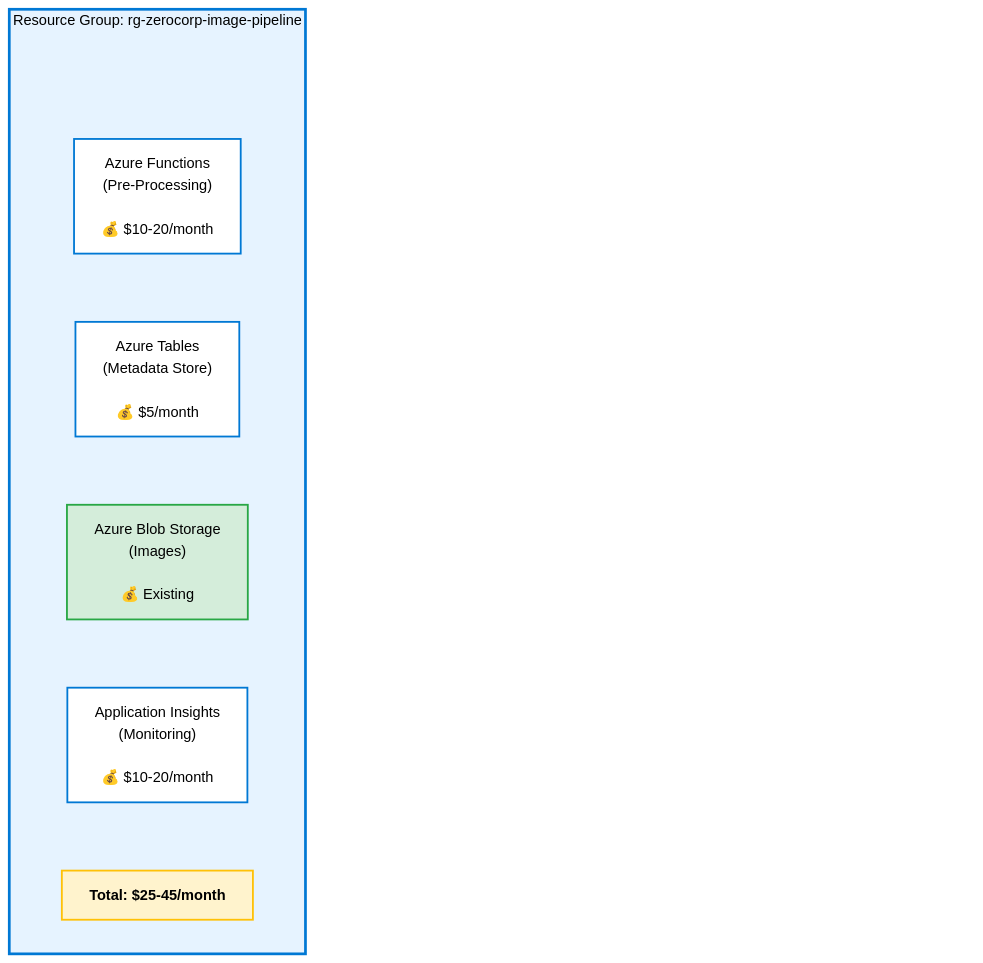
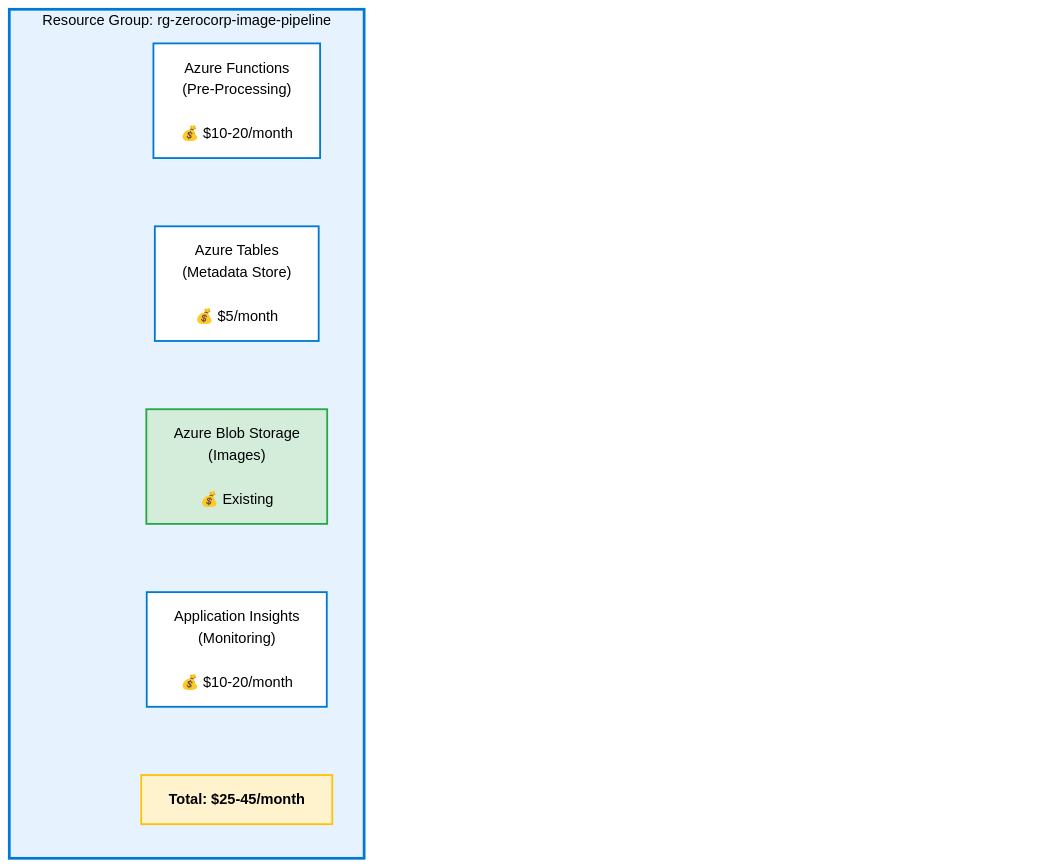
One commit to anandSgunti/cloud changed the fourth of 5 diagrams in 02-The-Bug/02_Solution_Architecture.md. Above: the diagram before and after it, drawn with Mermaid (neutral theme).

````diff
--- a/02-The-Bug/02_Solution_Architecture.md
+++ b/02-The-Bug/02_Solution_Architecture.md
@@ -201,35 +201,35 @@
 ```mermaid
 graph TB
     subgraph RG["Resource Group: rg-zerocorp-image-pipeline"]
         direction TB
         SPACER1[" "]
         AF["Azure Functions<br/>(Pre-Processing)<br/><br/>💰 $10-20/month"]
    
         AT["Azure Tables<br/>(Metadata Store)<br/><br/>💰 $5/month"]
     
         BS["Azure Blob Storage<br/>(Images)<br/><br/>💰 Existing"]
     
         AI["Application Insights<br/>(Monitoring)<br/><br/>💰 $10-20/month"]
   
         TOTAL["Total: $25-45/month"]
         
-        SPACER1 ~~~ AF
+     
         AF ~~~  AT
         AT ~~~  BS
         BS ~~~  AI
         AI ~~~ TOTAL
     end
     
     style RG fill:#e6f3ff,stroke:#0078d4,stroke-width:3px,color:#000
     style AF fill:#fff,stroke:#0078d4,stroke-width:2px,color:#000
     style AT fill:#fff,stroke:#0078d4,stroke-width:2px,color:#000
     style BS fill:#d4edda,stroke:#28a745,stroke-width:2px,color:#000
     style AI fill:#fff,stroke:#0078d4,stroke-width:2px,color:#000
     style TOTAL fill:#fff3cd,stroke:#ffc107,stroke-width:2px,color:#000,font-weight:bold
     
     style SPACER1 fill:none,stroke:none,color:transparent
     style SPACER2 fill:none,stroke:none,color:transparent
     style SPACER3 fill:none,stroke:none,color:transparent
     style SPACER4 fill:none,stroke:none,color:transparent
     style SPACER5 fill:none,stroke:none,color:transparent
 ```
````
